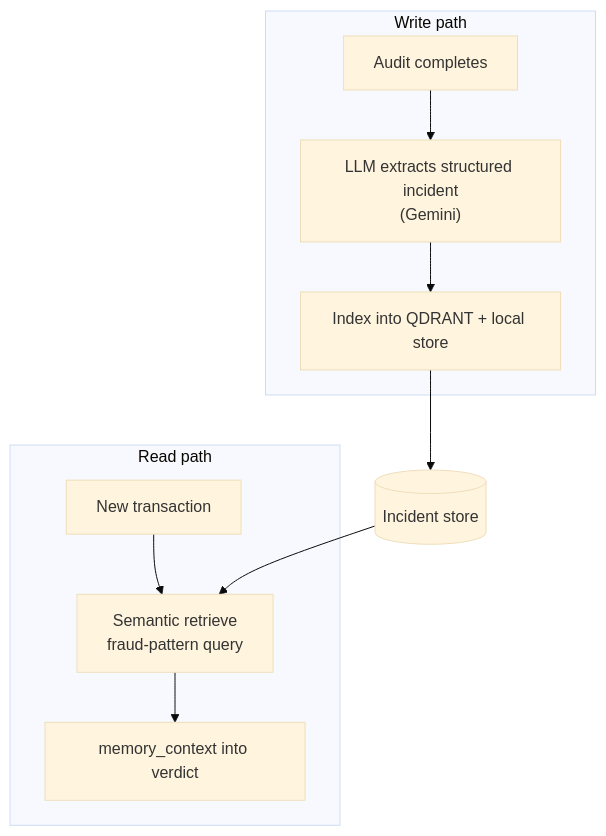
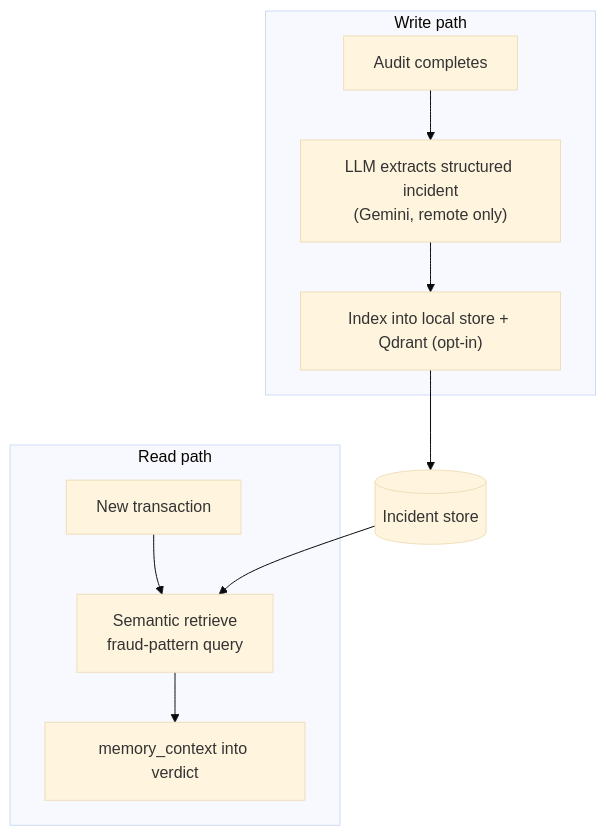
One commit to yahiaongh/aegistel-mena-ignite changed the fifth of 6 diagrams in README.md. Above: the diagram before and after it, drawn with Mermaid (base theme). The commit also changed other lines of this file and 23 other files, not shown here.

````diff
--- a/README.md
+++ b/README.md
@@ -221,13 +239,13 @@
 ```mermaid
 flowchart TD
     subgraph WRITE["Write path"]
-        AUDIT["Audit completes"] --> EXTRACT["LLM extracts structured incident<br/>(Gemini)"] --> IDX["Index into QDRANT + local store"]
+        AUDIT["Audit completes"] --> EXTRACT["LLM extracts structured incident<br/>(Gemini, remote only)"] --> IDX["Index into local store + Qdrant (opt-in)"]
     end
 
     subgraph READ["Read path"]
         NEW["New transaction"] --> RETR["Semantic retrieve <br/>fraud-pattern query"] --> CTXT["memory_context into verdict"]
     end
 
     IDX --> STORE[("Incident store")]
     STORE --> RETR
 ```
````
